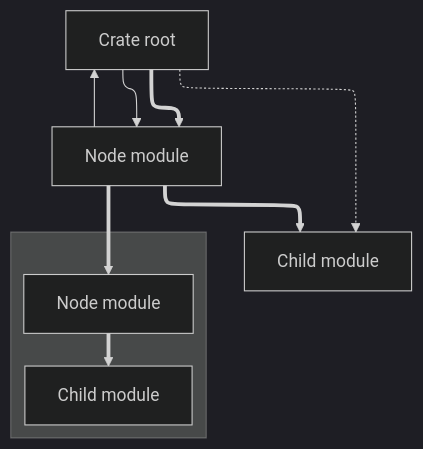
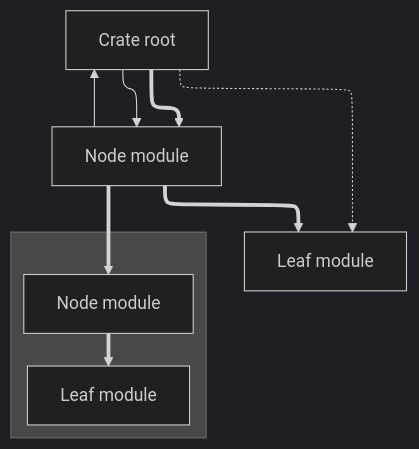
The second of 5 diagrams in notes/new-algo.md (rust-lang/libc), drawn with Mermaid (dark theme) before and after one commit. The commit also changed other lines of this file, not shown here.

````diff
--- a/notes/new-algo.md
+++ b/notes/new-algo.md
@@ -1201,19 +1201,19 @@
 ```mermaid
 ---
 config:
   layout: elk
 ---
 graph
   root[Crate root] ==> node[Node module]
 
-  node ==> child[Child module]
+  node ==> child[Leaf module]
   node ==> oldnode[Node module]
 
   subgraph old["&nbsp"]
-  oldnode ==> oldchild[Child module]
+  oldnode ==> oldchild[Leaf module]
   end
 
   root -.-> child
   root --> node
   node --> root
 ```
````
